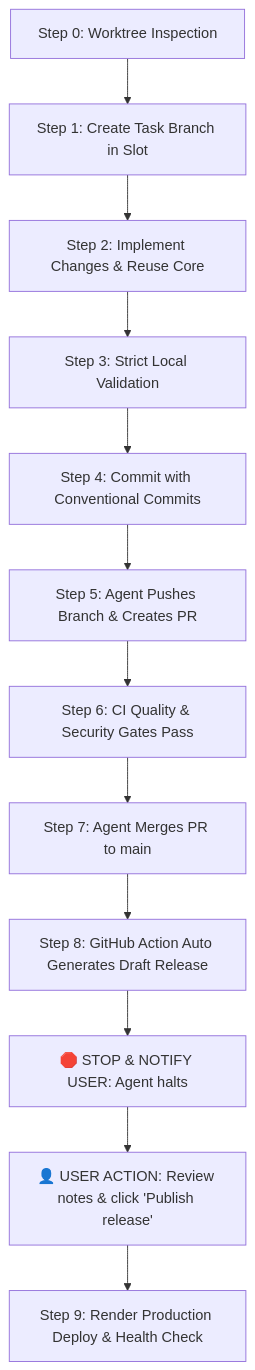
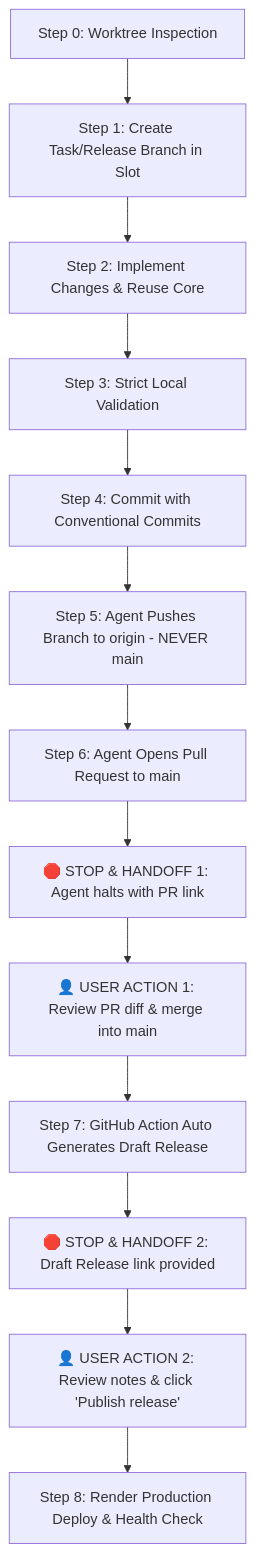
Before and after one commit to NQuangHuyZ31/TIKTOK-CRAWLER-CMS: the diagram in AGENTS.md, drawn with Mermaid. The commit also changed other lines of this file and 6 other files, not shown here.

Commit message:
chore(release): configure release branch PR workflow and gate direct push to main

````diff
--- a/AGENTS.md
+++ b/AGENTS.md
@@ -66,14 +71,15 @@
 ```mermaid
 flowchart TD
-    A[Step 0: Worktree Inspection] --> B[Step 1: Create Task Branch in Slot]
+    A[Step 0: Worktree Inspection] --> B[Step 1: Create Task/Release Branch in Slot]
     B --> C[Step 2: Implement Changes & Reuse Core]
     C --> D[Step 3: Strict Local Validation]
     D --> E[Step 4: Commit with Conventional Commits]
-    E --> F[Step 5: Agent Pushes Branch & Creates PR]
-    F --> G[Step 6: CI Quality & Security Gates Pass]
-    G --> H[Step 7: Agent Merges PR to main]
-    H --> I[Step 8: GitHub Action Auto Generates Draft Release]
-    I --> J["🛑 STOP & NOTIFY USER: Agent halts"]
-    J --> K["👤 USER ACTION: Review notes & click 'Publish release'"]
-    K --> L[Step 9: Render Production Deploy & Health Check]
+    E --> F[Step 5: Agent Pushes Branch to origin - NEVER main]
+    F --> G[Step 6: Agent Opens Pull Request to main]
+    G --> H["🛑 STOP & HANDOFF 1: Agent halts with PR link"]
+    H --> I["👤 USER ACTION 1: Review PR diff & merge into main"]
+    I --> J[Step 7: GitHub Action Auto Generates Draft Release]
+    J --> K["🛑 STOP & HANDOFF 2: Draft Release link provided"]
+    K --> L["👤 USER ACTION 2: Review notes & click 'Publish release'"]
+    L --> M[Step 8: Render Production Deploy & Health Check]
 ```
````
